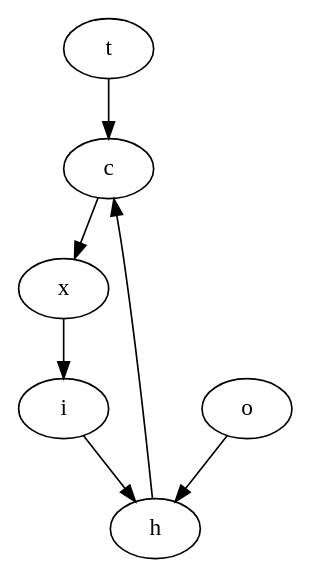
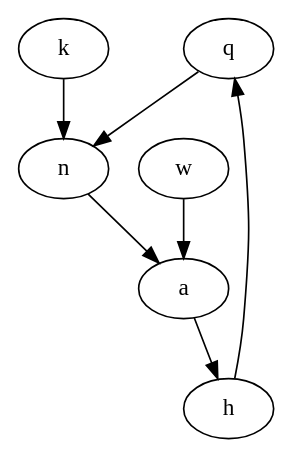
One commit to ClayDowling/llintersections changed the diagram in samples/graphF.gv. Above: the diagram before and after it, drawn with Graphviz. The commit also changed 23 other files, not shown here.

```diff
--- a/samples/graphF.gv
+++ b/samples/graphF.gv
@@ -1,8 +1,8 @@
 digraph intersection {
-  t -> c
-  x -> i
-  c -> x
-  h -> c
-  i -> h
-  o -> h
+  q -> n
+  w -> a
+  a -> h
+  h -> q
+  k -> n
+  n -> a
 }
```
